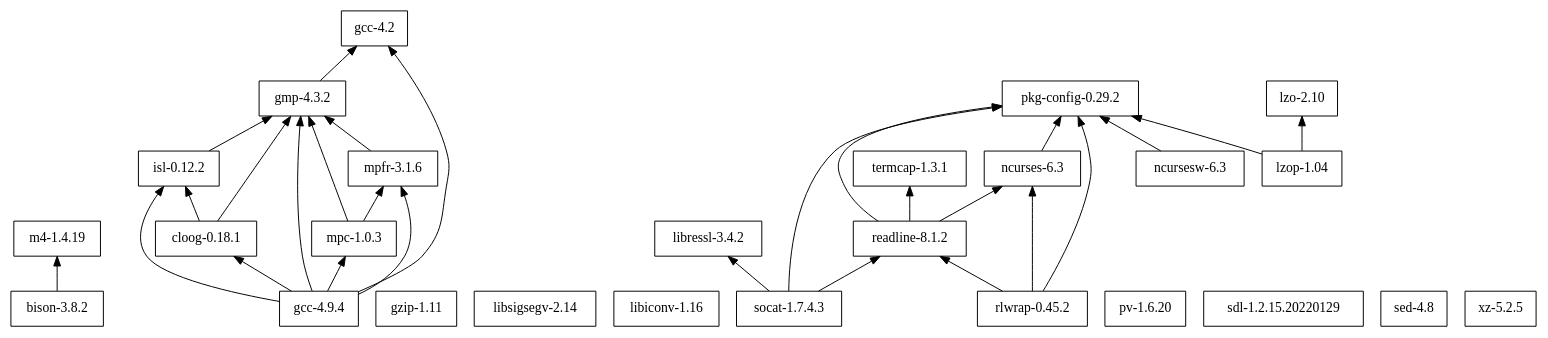
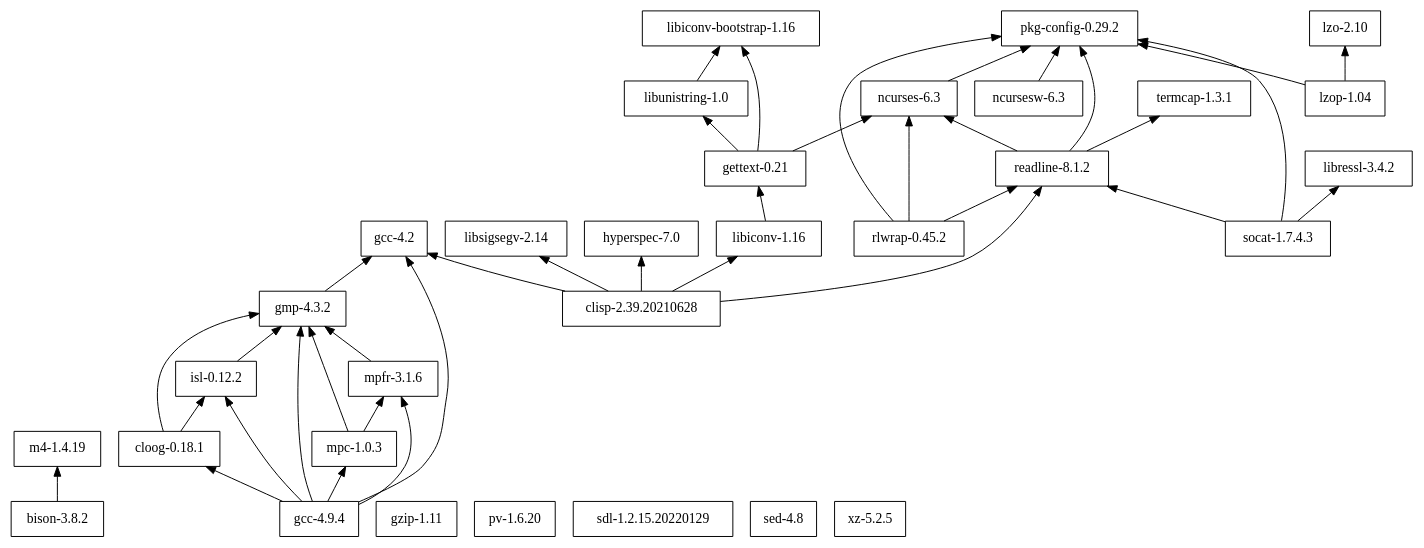
One commit to cellularmitosis/leopard.sh changed the diagram in leopardsh/deps/dependencies.dot. Above: the diagram before and after it, drawn with Graphviz. The commit also changed 18 other files, not shown here.

Commit message:
libiconv-bootstrap-1.16

```diff
--- a/leopardsh/deps/dependencies.dot
+++ b/leopardsh/deps/dependencies.dot
@@ -1,46 +1,58 @@
 digraph mygraph {
 node [shape=box];
 rankdir = BT;
 
 "bison-3.8.2" -> "m4-1.4.19"
+"clisp-2.39.20210628" -> "gcc-4.2"
+"clisp-2.39.20210628" -> "hyperspec-7.0"
+"clisp-2.39.20210628" -> "libiconv-1.16"
+"clisp-2.39.20210628" -> "libsigsegv-2.14"
+"clisp-2.39.20210628" -> "readline-8.1.2"
 "cloog-0.18.1" -> "gmp-4.3.2"
 "cloog-0.18.1" -> "isl-0.12.2"
 "gcc-4.2"
 "gcc-4.9.4" -> "cloog-0.18.1"
 "gcc-4.9.4" -> "gcc-4.2"
 "gcc-4.9.4" -> "gmp-4.3.2"
 "gcc-4.9.4" -> "isl-0.12.2"
 "gcc-4.9.4" -> "mpc-1.0.3"
 "gcc-4.9.4" -> "mpfr-3.1.6"
+"gettext-0.21" -> "libiconv-bootstrap-1.16"
+"gettext-0.21" -> "libunistring-1.0"
+"gettext-0.21" -> "ncurses-6.3"
 "gmp-4.3.2" -> "gcc-4.2"
 "gzip-1.11"
+"hyperspec-7.0"
 "isl-0.12.2" -> "gmp-4.3.2"
+"libiconv-1.16"
+"libiconv-1.16" -> "gettext-0.21"
+"libiconv-bootstrap-1.16"
+"libressl-3.4.2"
 "libsigsegv-2.14"
-"libiconv-1.16"
-"libressl-3.4.2"
+"libunistring-1.0" -> "libiconv-bootstrap-1.16"
 "lzo-2.10"
 "lzop-1.04" -> "lzo-2.10"
 "lzop-1.04" -> "pkg-config-0.29.2"
 "m4-1.4.19"
 "mpc-1.0.3" -> "gmp-4.3.2"
 "mpc-1.0.3" -> "mpfr-3.1.6"
 "mpfr-3.1.6" -> "gmp-4.3.2"
 "ncurses-6.3" -> "pkg-config-0.29.2"
 "ncursesw-6.3" -> "pkg-config-0.29.2"
 "pkg-config-0.29.2"
 "pv-1.6.20"
 "readline-8.1.2" -> "ncurses-6.3"
 "readline-8.1.2" -> "pkg-config-0.29.2"
 "readline-8.1.2" -> "termcap-1.3.1"
 "rlwrap-0.45.2" -> "ncurses-6.3"
 "rlwrap-0.45.2" -> "pkg-config-0.29.2"
 "rlwrap-0.45.2" -> "readline-8.1.2"
 "sdl-1.2.15.20220129"
 "sed-4.8"
 "socat-1.7.4.3" -> "libressl-3.4.2"
 "socat-1.7.4.3" -> "pkg-config-0.29.2"
 "socat-1.7.4.3" -> "readline-8.1.2"
 "termcap-1.3.1"
 "xz-5.2.5"
 
 }
```
